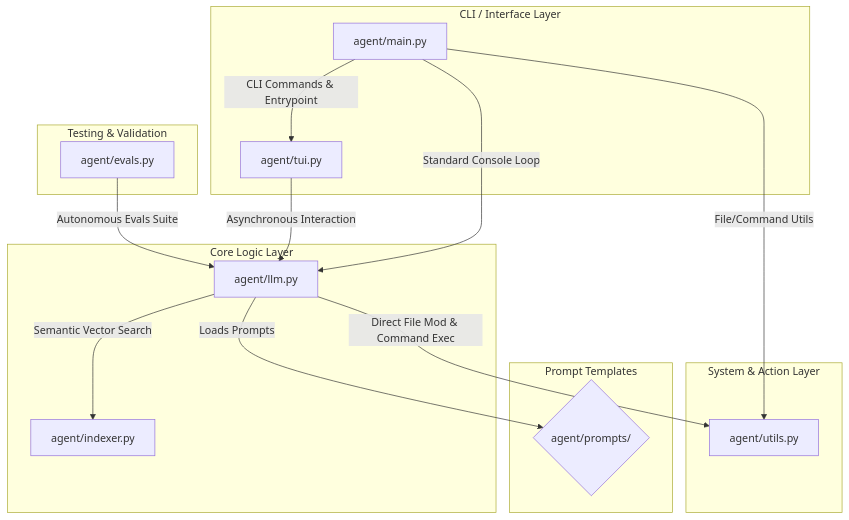
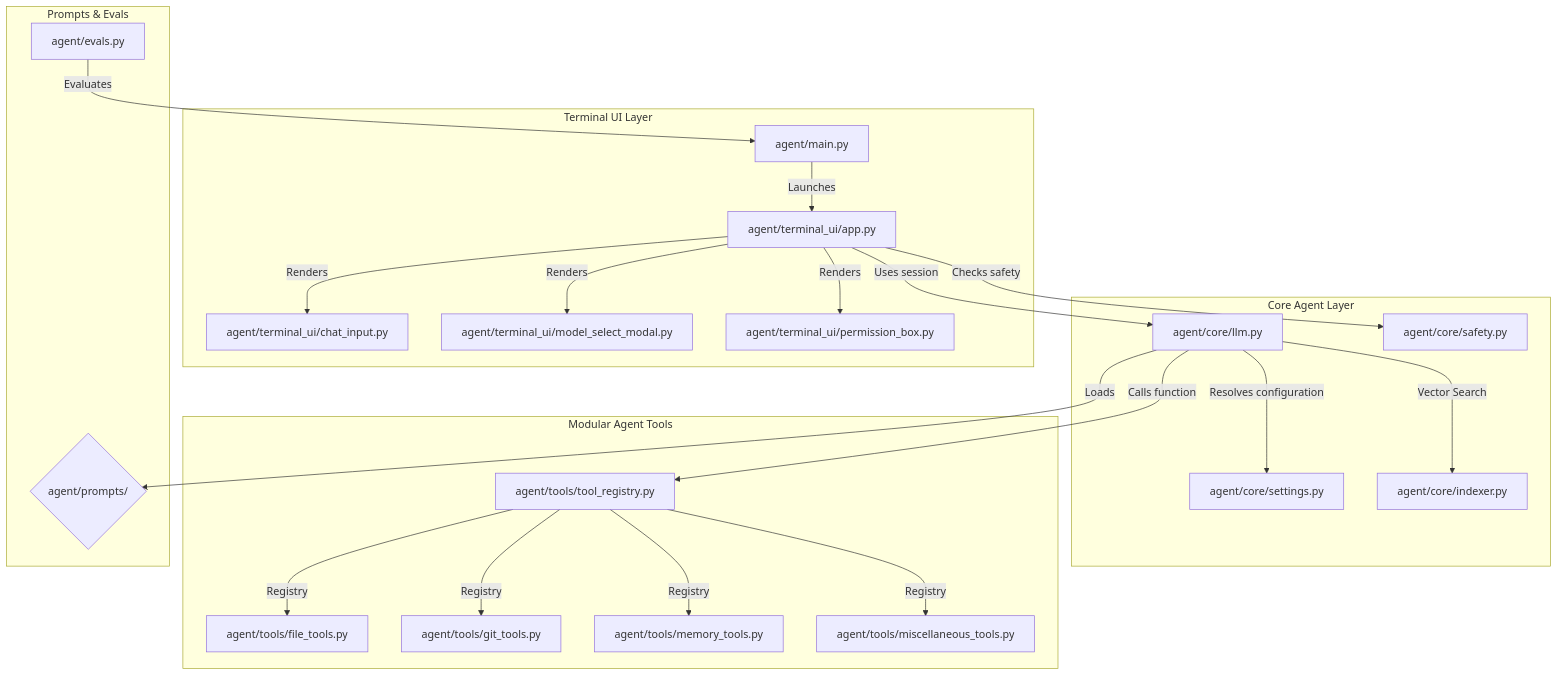
The diagram in architecture.md (revanth332/raven-cli-agent), drawn with Mermaid before and after one commit. The commit also changed other lines of this file and 4 other files, not shown here.

Commit message:
implement auto-approval mode, command safety checks, and update project architecture map

````diff
--- a/architecture.md
+++ b/architecture.md
@@ -5,25 +5,29 @@
  ```mermaid
 graph TD
-    subgraph CLI / Interface Layer
-        M[agent/main.py] -->|CLI Commands & Entrypoint| T[agent/tui.py]
+    subgraph UI_Layer [Terminal UI Layer]
+        Main[agent/main.py] -->|Launches| TUI[agent/terminal_ui/app.py]
+        TUI -->|Renders| Input[agent/terminal_ui/chat_input.py]
+        TUI -->|Renders| ModelSelect[agent/terminal_ui/model_select_modal.py]
+        TUI -->|Renders| PermBox[agent/terminal_ui/permission_box.py]
     end
 
-    subgraph Core Logic Layer
-        T -->|Asynchronous Interaction| L[agent/llm.py]
-        M -->|Standard Console Loop| L
-        L -->|Semantic Vector Search| I[agent/indexer.py]
+    subgraph Core_Layer [Core Agent Layer]
+        TUI -->|Uses session| LLM[agent/core/llm.py]
+        LLM -->|Resolves configuration| Settings[agent/core/settings.py]
+        TUI -->|Checks safety| Safety[agent/core/safety.py]
+        LLM -->|Vector Search| Indexer[agent/core/indexer.py]
     end
 
-    subgraph Prompt Templates
-        L -->|Loads Prompts| P{agent/prompts/}
+    subgraph Tools_Layer [Modular Agent Tools]
+        LLM -->|Calls function| ToolRegistry[agent/tools/tool_registry.py]
+        ToolRegistry -->|Registry| FileTools[agent/tools/file_tools.py]
+        ToolRegistry -->|Registry| GitTools[agent/tools/git_tools.py]
+        ToolRegistry -->|Registry| MemoryTools[agent/tools/memory_tools.py]
+        ToolRegistry -->|Registry| MiscTools[agent/tools/miscellaneous_tools.py]
     end
 
-    subgraph System & Action Layer
-        L -->|Direct File Mod & Command Exec| U[agent/utils.py]
-        M -->|File/Command Utils| U
-    end
-
-    subgraph Testing & Validation
-        E[agent/evals.py] -->|Autonomous Evals Suite| L
+    subgraph Prompt_Layer [Prompts & Evals]
+        LLM -->|Loads| Prompts{agent/prompts/}
+        Evals[agent/evals.py] -->|Evaluates| Main
     end
 ```
````
